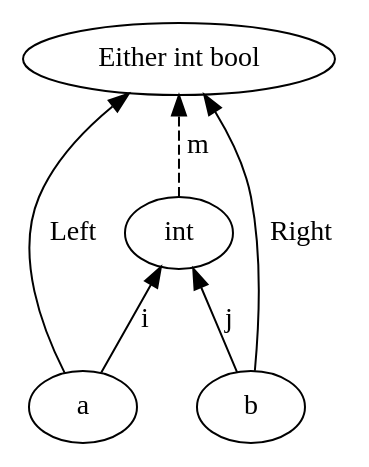
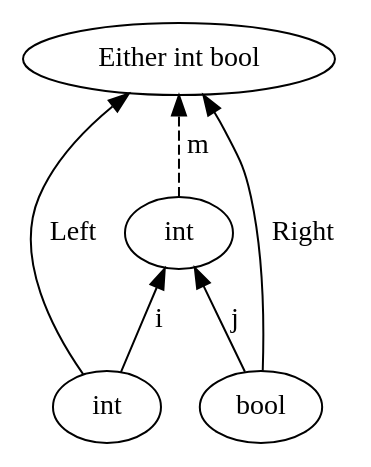
Before and after one commit to awalterschulze/category-theory-for-programmers-challenges: the seventh of 8 diagrams in 105-Products-and-Coproducts.md, drawn with Graphviz. The commit also changed other lines of this file and 2 other files, not shown here.

````diff
--- a/105-Products-and-Coproducts.md
+++ b/105-Products-and-Coproducts.md
@@ -325,13 +327,15 @@
 ```dot
 digraph G {
   "c'" [label="int"]
   c [label="Either int bool"]
+  a [label="int"]
+  b [label="bool"]
   "c'" -> c [label=" m", style="dashed"]
   a -> "c'" [label=" i"]
   b -> "c'" [label=" j"]
   a -> c [label=" Left"]
   b -> c [label=" Right"]
   { rank = min; c }
   { rank = max; a; b }
 }
 ```
````
